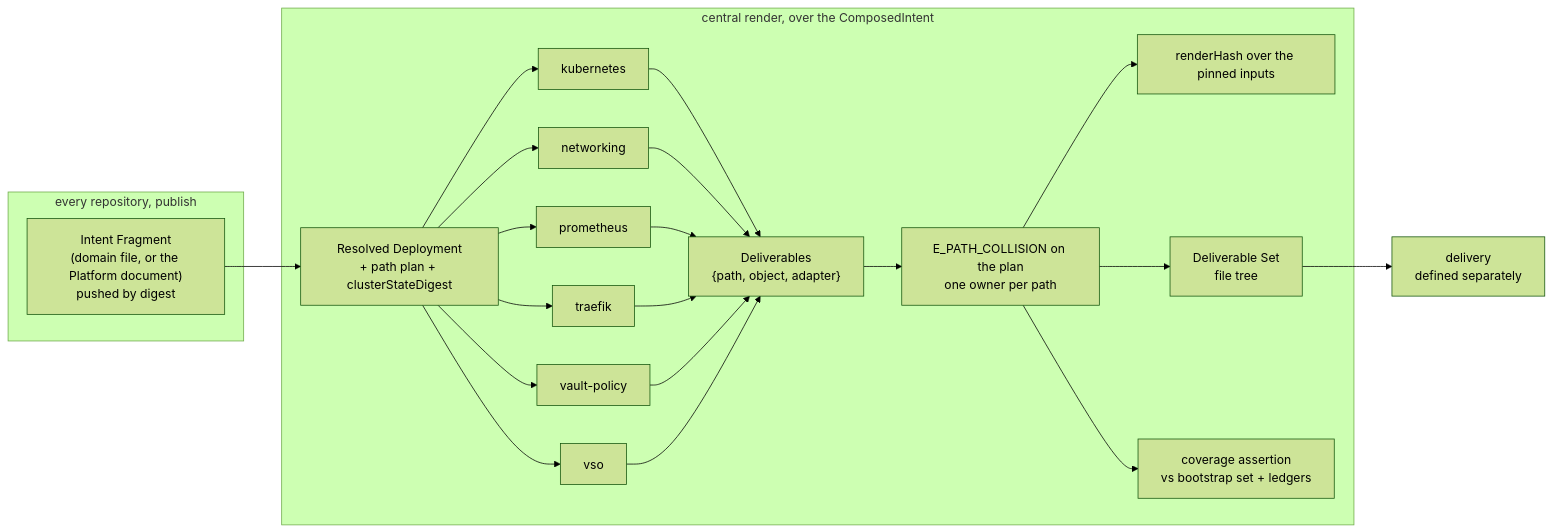
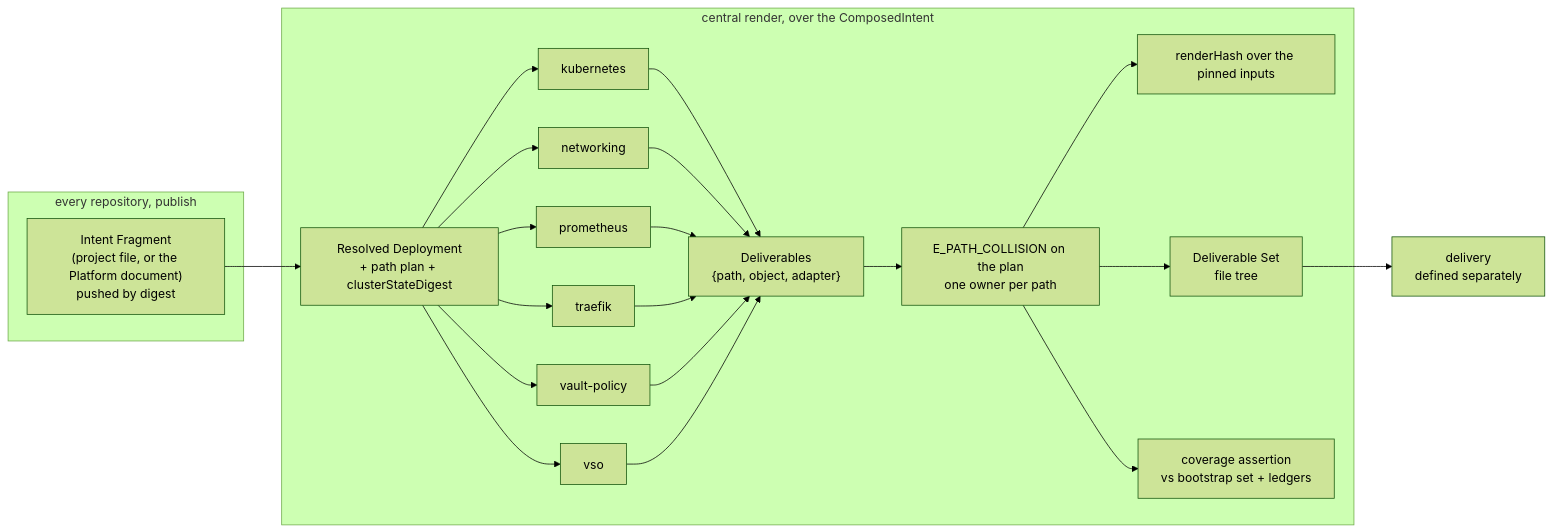
One commit to JorisJonkers-dev/deploy-kit changed the diagram in spec/v1/30-deliverables.md. Above: the diagram before and after it, drawn with Mermaid (forest theme). The commit also changed other lines of this file and 169 other files, not shown here.

````diff
--- a/spec/v1/30-deliverables.md
+++ b/spec/v1/30-deliverables.md
@@ -415,22 +415,22 @@
 ```mermaid
 flowchart LR
     subgraph pub["every repository, publish"]
-      IF["Intent Fragment<br/>(domain file, or the Platform document)<br/>pushed by digest"]
+      IF["Intent Fragment<br/>(project file, or the Platform document)<br/>pushed by digest"]
     end
     subgraph agg["central render, over the ComposedIntent"]
       RD["Resolved Deployment<br/>+ path plan + clusterStateDigest"]
       RD --> A1["kubernetes"]
       RD --> A2["networking"]
       RD --> A3["prometheus"]
       RD --> A4["traefik"]
       RD --> A5["vault-policy"]
       RD --> A6["vso"]
       A1 & A2 & A3 & A4 & A5 & A6 --> DL["Deliverables<br/>{path, object, adapter}"]
       DL --> COL["E_PATH_COLLISION on the plan<br/>one owner per path"]
       COL --> H["renderHash over the pinned inputs"]
       COL --> T["Deliverable Set<br/>file tree"]
       COL --> L["coverage assertion<br/>vs bootstrap set + ledgers"]
     end
     IF --> RD
     T --> X["delivery<br/>defined separately"]
 ```
````
